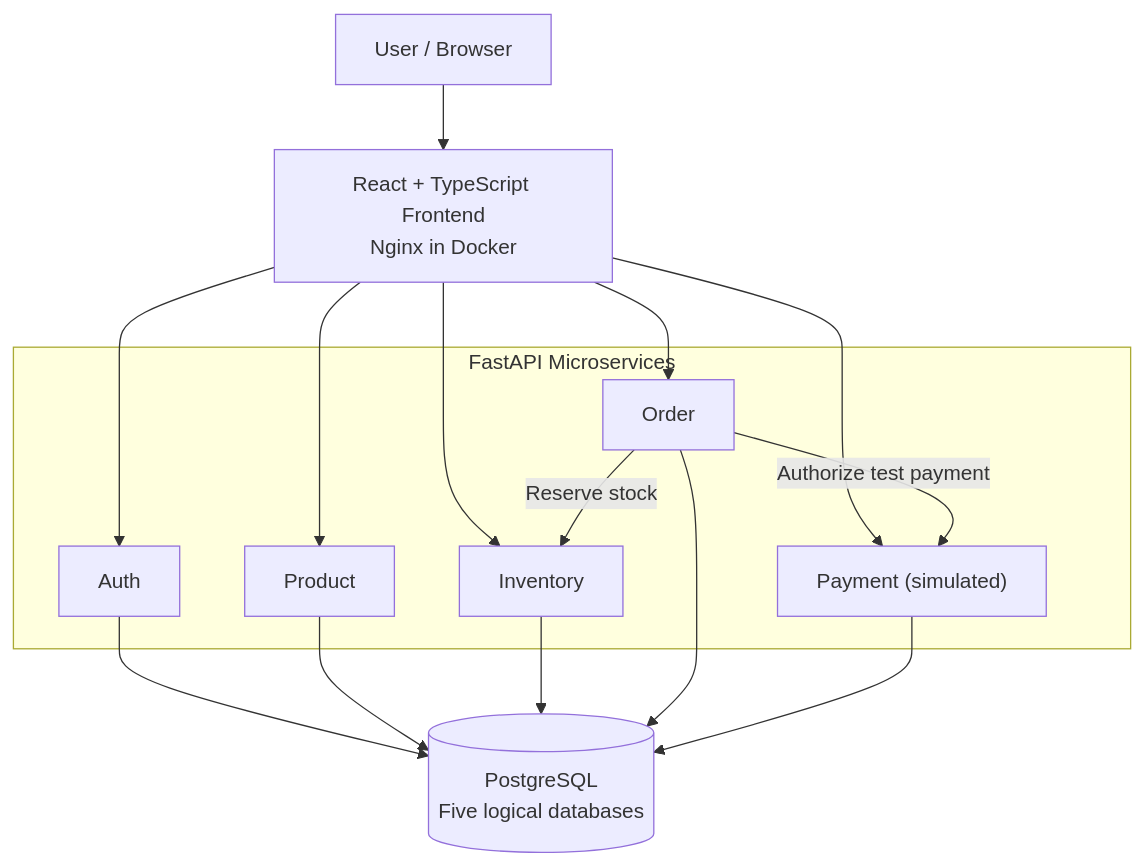
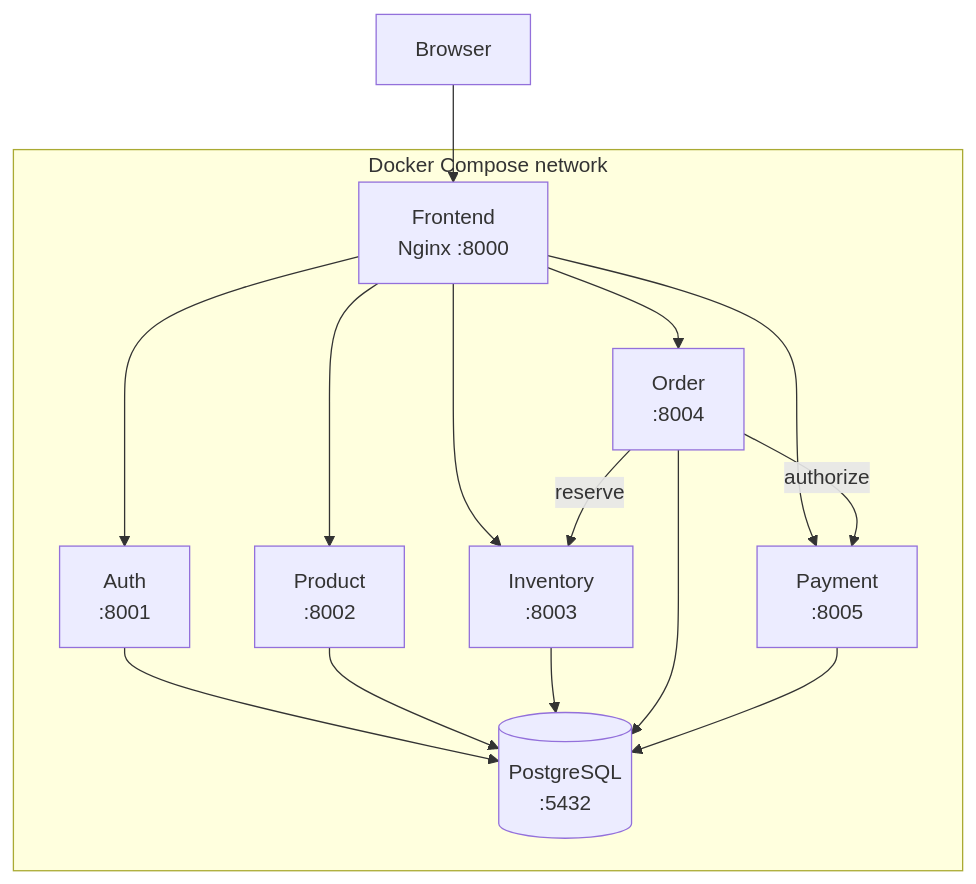
Before and after one commit to Fredrick-Tario/failsafe-ecommerce: the third of 10 diagrams in README.md, drawn with Mermaid. The commit also changed other lines of this file and 1 other file, not shown here.

Commit message:
Edit: ROADMAP, README

````diff
--- a/README.md
+++ b/README.md
@@ -29,27 +126,21 @@
 ```mermaid
 flowchart TB
-    User["User / Browser"] --> Web["React + TypeScript Frontend<br/>Nginx in Docker"]
+    User["Browser"] --> Web["Frontend<br/>Nginx :8000"]
 
-    subgraph APIs["FastAPI Microservices"]
-        Auth["Auth"]
-        Product["Product"]
-        Inventory["Inventory"]
-        Order["Order"]
-        Payment["Payment (simulated)"]
+    subgraph Compose["Docker Compose network"]
+        Web --> Auth["Auth<br/>:8001"]
+        Web --> Product["Product<br/>:8002"]
+        Web --> Inventory["Inventory<br/>:8003"]
+        Web --> Order["Order<br/>:8004"]
+        Web --> Payment["Payment<br/>:8005"]
+
+        Order -->|reserve| Inventory
+        Order -->|authorize| Payment
+
+        Auth --> Postgres[("PostgreSQL<br/>:5432")]
+        Product --> Postgres
+        Inventory --> Postgres
+        Order --> Postgres
+        Payment --> Postgres
     end
-
-    Web --> Auth
-    Web --> Product
-    Web --> Inventory
-    Web --> Order
-    Web --> Payment
-
-    Order -->|Reserve stock| Inventory
-    Order -->|Authorize test payment| Payment
-
-    Auth --> DB[("PostgreSQL<br/>Five logical databases")]
-    Product --> DB
-    Inventory --> DB
-    Order --> DB
-    Payment --> DB
 ```
````
